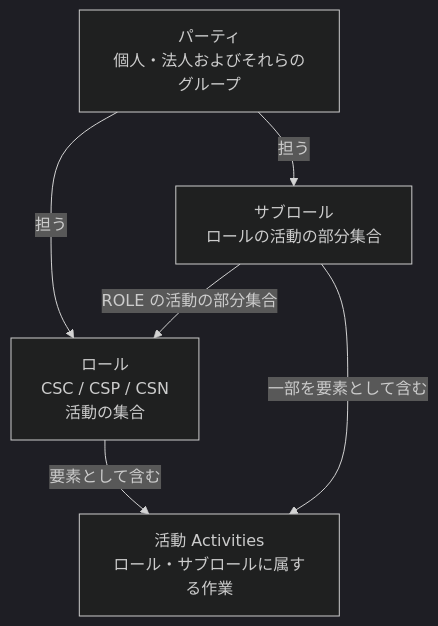
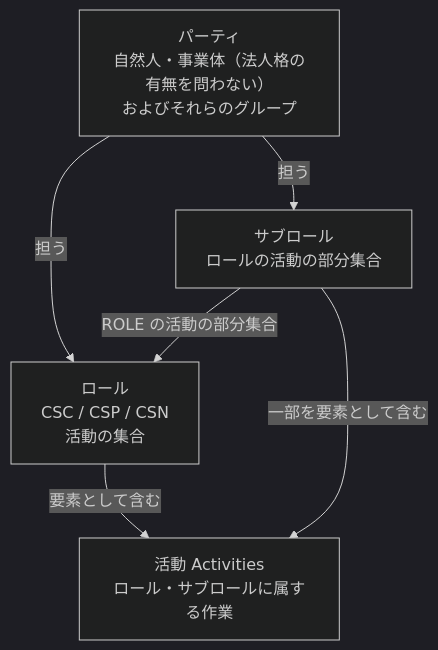
Before and after one commit to myoshi2891/Cloud-Infrastructure-and-Network-Studies: the fourth of 20 diagrams in Iso-iec-22123-3-2023-guide.md, drawn with Mermaid (dark theme). The commit also changed other lines of this file and 1 other file, not shown here.

Commit message:
docs(iso22123): clarify party, tenant, and IaaS control boundaries

````diff
--- a/Iso-iec-22123-3-2023-guide.md
+++ b/Iso-iec-22123-3-2023-guide.md
@@ -185,13 +185,13 @@
 ```mermaid
 flowchart TB
-    PARTY["パーティ<br/>個人・法人およびそれらのグループ"]
+    PARTY["パーティ<br/>自然人・事業体（法人格の有無を問わない）<br/>およびそれらのグループ"]
     ROLE["ロール<br/>CSC / CSP / CSN<br/>活動の集合"]
     SUB["サブロール<br/>ロールの活動の部分集合"]
     ACT["活動 Activities<br/>ロール・サブロールに属する作業"]
 
     PARTY -->|担う| ROLE
     PARTY -->|担う| SUB
     SUB -->|ROLE の活動の部分集合| ROLE
     ROLE -->|要素として含む| ACT
     SUB -->|一部を要素として含む| ACT
 ```
````
